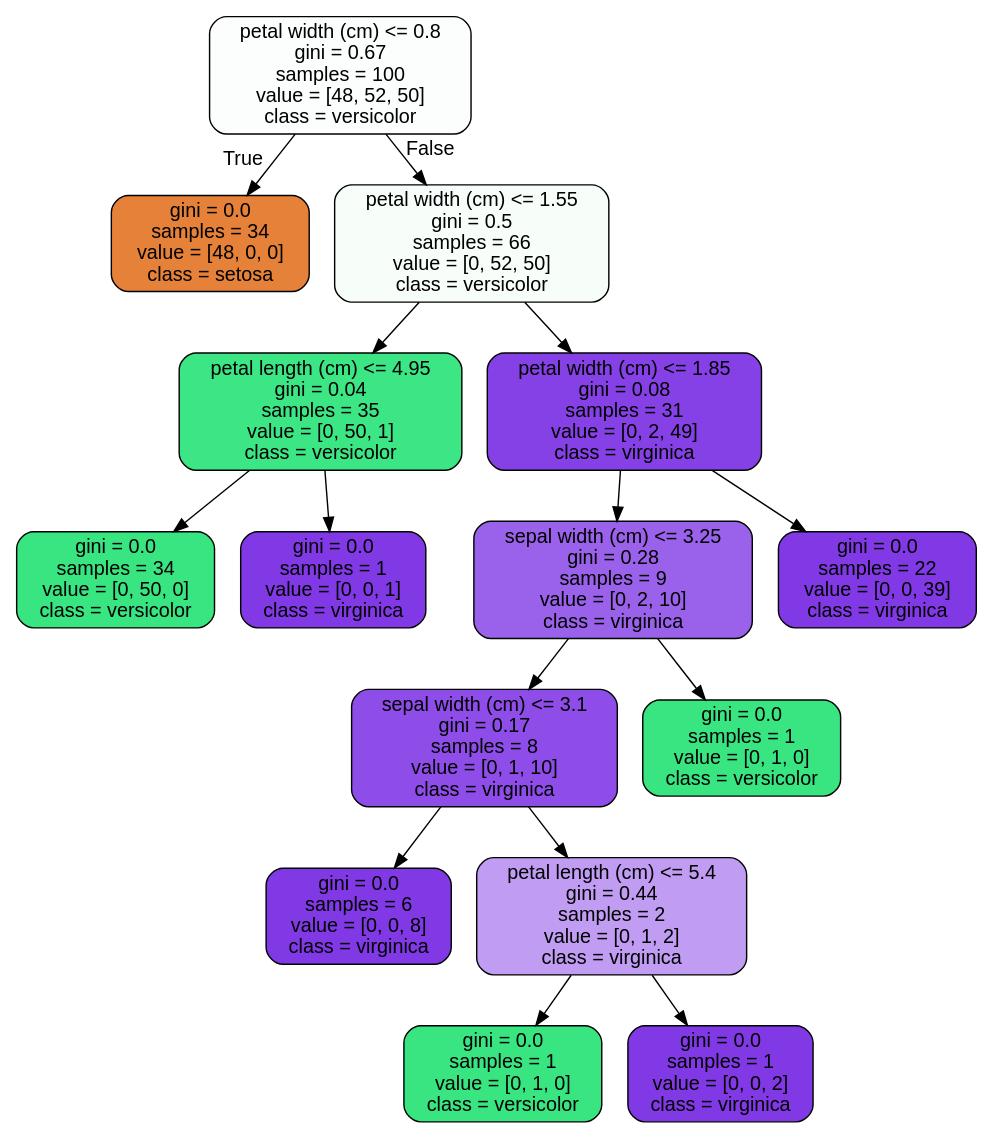
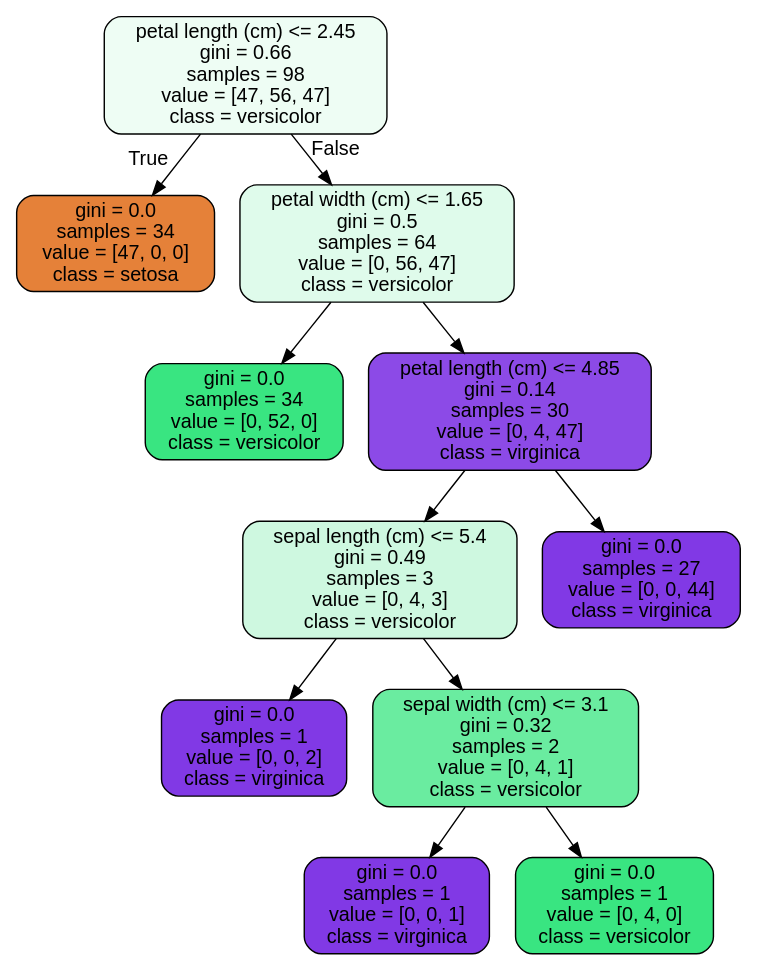
One commit to tvo10/DSCT changed the diagram in Case Studies/Random Forest Covid/tree.dot. Above: the diagram before and after it, drawn with Graphviz. The commit also changed 3 other files, not shown here.

```diff
--- a/Case Studies/Random Forest Covid/tree.dot
+++ b/Case Studies/Random Forest Covid/tree.dot
@@ -1,33 +1,25 @@
 digraph Tree {
 node [shape=box, style="filled, rounded", color="black", fontname=helvetica] ;
 edge [fontname=helvetica] ;
-0 [label="petal width (cm) <= 0.8\ngini = 0.67\nsamples = 100\nvalue = [48, 52, 50]\nclass = versicolor", fillcolor="#fbfefc"] ;
-1 [label="gini = 0.0\nsamples = 34\nvalue = [48, 0, 0]\nclass = setosa", fillcolor="#e58139"] ;
+0 [label="petal length (cm) <= 2.45\ngini = 0.66\nsamples = 98\nvalue = [47, 56, 47]\nclass = versicolor", fillcolor="#eefdf4"] ;
+1 [label="gini = 0.0\nsamples = 34\nvalue = [47, 0, 0]\nclass = setosa", fillcolor="#e58139"] ;
 0 -> 1 [labeldistance=2.5, labelangle=45, headlabel="True"] ;
-2 [label="petal width (cm) <= 1.55\ngini = 0.5\nsamples = 66\nvalue = [0, 52, 50]\nclass = versicolor", fillcolor="#f7fefa"] ;
+2 [label="petal width (cm) <= 1.65\ngini = 0.5\nsamples = 64\nvalue = [0, 56, 47]\nclass = versicolor", fillcolor="#dffbeb"] ;
 0 -> 2 [labeldistance=2.5, labelangle=-45, headlabel="False"] ;
-3 [label="petal length (cm) <= 4.95\ngini = 0.04\nsamples = 35\nvalue = [0, 50, 1]\nclass = versicolor", fillcolor="#3de684"] ;
+3 [label="gini = 0.0\nsamples = 34\nvalue = [0, 52, 0]\nclass = versicolor", fillcolor="#39e581"] ;
 2 -> 3 ;
-4 [label="gini = 0.0\nsamples = 34\nvalue = [0, 50, 0]\nclass = versicolor", fillcolor="#39e581"] ;
-3 -> 4 ;
-5 [label="gini = 0.0\nsamples = 1\nvalue = [0, 0, 1]\nclass = virginica", fillcolor="#8139e5"] ;
-3 -> 5 ;
-6 [label="petal width (cm) <= 1.85\ngini = 0.08\nsamples = 31\nvalue = [0, 2, 49]\nclass = virginica", fillcolor="#8641e6"] ;
-2 -> 6 ;
-7 [label="sepal width (cm) <= 3.25\ngini = 0.28\nsamples = 9\nvalue = [0, 2, 10]\nclass = virginica", fillcolor="#9a61ea"] ;
-6 -> 7 ;
-8 [label="sepal width (cm) <= 3.1\ngini = 0.17\nsamples = 8\nvalue = [0, 1, 10]\nclass = virginica", fillcolor="#8e4de8"] ;
+4 [label="petal length (cm) <= 4.85\ngini = 0.14\nsamples = 30\nvalue = [0, 4, 47]\nclass = virginica", fillcolor="#8c4ae7"] ;
+2 -> 4 ;
+5 [label="sepal length (cm) <= 5.4\ngini = 0.49\nsamples = 3\nvalue = [0, 4, 3]\nclass = versicolor", fillcolor="#cef8e0"] ;
+4 -> 5 ;
+6 [label="gini = 0.0\nsamples = 1\nvalue = [0, 0, 2]\nclass = virginica", fillcolor="#8139e5"] ;
+5 -> 6 ;
+7 [label="sepal width (cm) <= 3.1\ngini = 0.32\nsamples = 2\nvalue = [0, 4, 1]\nclass = versicolor", fillcolor="#6aeca0"] ;
+5 -> 7 ;
+8 [label="gini = 0.0\nsamples = 1\nvalue = [0, 0, 1]\nclass = virginica", fillcolor="#8139e5"] ;
 7 -> 8 ;
-9 [label="gini = 0.0\nsamples = 6\nvalue = [0, 0, 8]\nclass = virginica", fillcolor="#8139e5"] ;
-8 -> 9 ;
-10 [label="petal length (cm) <= 5.4\ngini = 0.44\nsamples = 2\nvalue = [0, 1, 2]\nclass = virginica", fillcolor="#c09cf2"] ;
-8 -> 10 ;
-11 [label="gini = 0.0\nsamples = 1\nvalue = [0, 1, 0]\nclass = versicolor", fillcolor="#39e581"] ;
-10 -> 11 ;
-12 [label="gini = 0.0\nsamples = 1\nvalue = [0, 0, 2]\nclass = virginica", fillcolor="#8139e5"] ;
-10 -> 12 ;
-13 [label="gini = 0.0\nsamples = 1\nvalue = [0, 1, 0]\nclass = versicolor", fillcolor="#39e581"] ;
-7 -> 13 ;
-14 [label="gini = 0.0\nsamples = 22\nvalue = [0, 0, 39]\nclass = virginica", fillcolor="#8139e5"] ;
-6 -> 14 ;
+9 [label="gini = 0.0\nsamples = 1\nvalue = [0, 4, 0]\nclass = versicolor", fillcolor="#39e581"] ;
+7 -> 9 ;
+10 [label="gini = 0.0\nsamples = 27\nvalue = [0, 0, 44]\nclass = virginica", fillcolor="#8139e5"] ;
+4 -> 10 ;
 }
```
